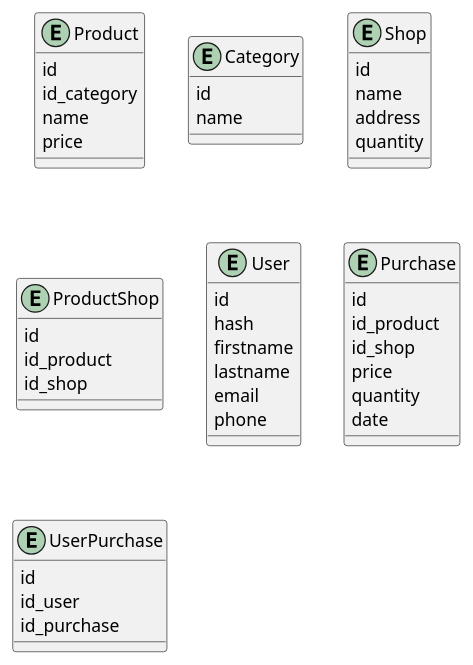
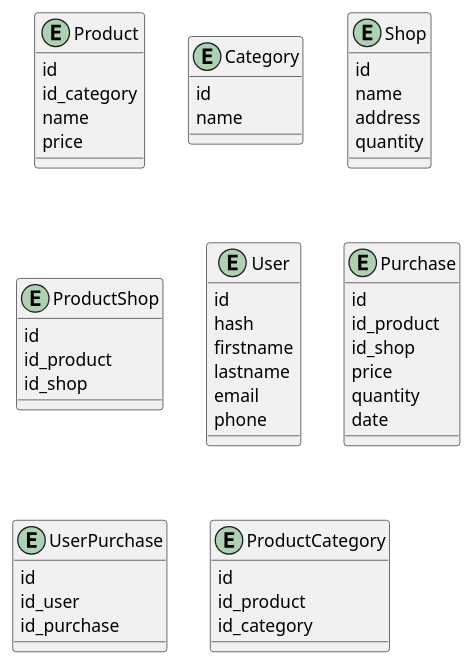
One commit to AntonenkoTymofii/ShopReview changed the diagram in back/review/Internet-Shop.puml. Above: the diagram before and after it, drawn with PlantUML.

Commit message:
edit diagram of DB

```diff
--- a/back/review/Internet-Shop.puml
+++ b/back/review/Internet-Shop.puml
@@ -1,53 +1,61 @@
 @startuml
 'https://plantuml.com/class-diagram
 
 entity Product {
     id
     id_category
     name
     price
 }
 
 entity Category {
     id
     name
 }
 
 entity Shop {
     id
     name
     address
     quantity
 }
 
 entity ProductShop {
     id
     id_product
     id_shop
 }
 
 entity User {
     id
     hash
     firstname
     lastname
     email
     phone
 }
 
 entity Purchase {
     id
     id_product
     id_shop
     price
     quantity
     date
 }
 
 entity UserPurchase {
     id
     id_user
     id_purchase
 }
 
+entity ProductCategory {
+    id
+    id_product
+    id_category
+}
+
+
+
 @enduml
```
